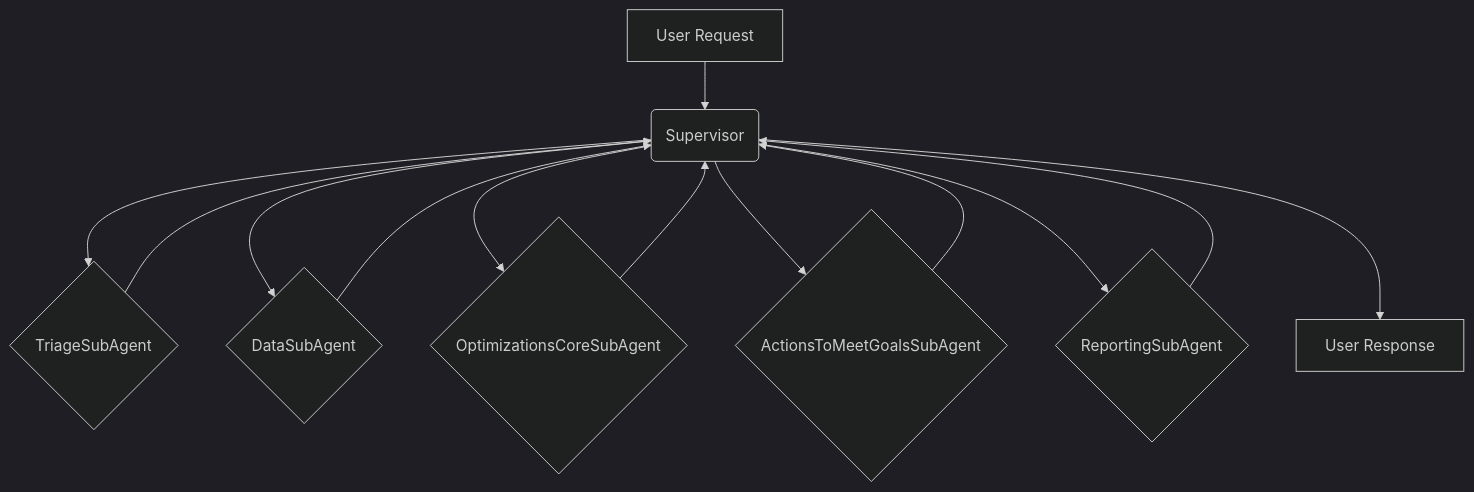
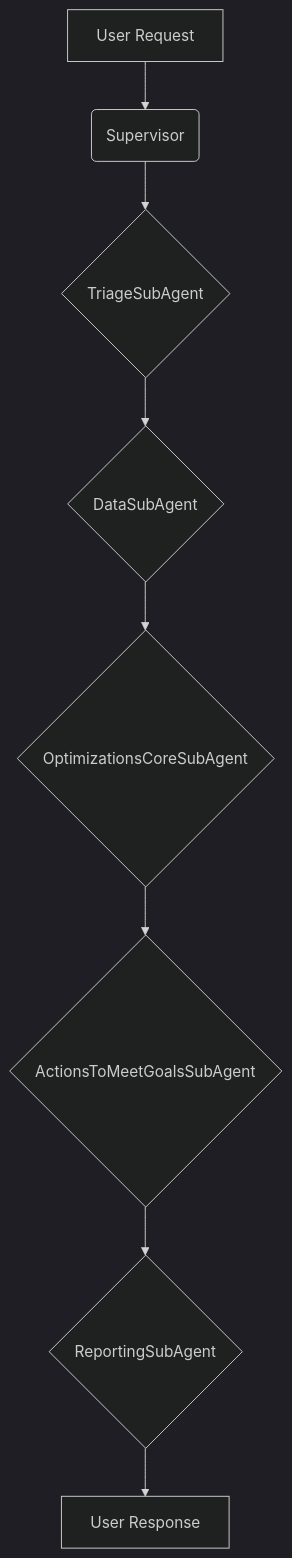
The diagram in v2/docs/subagents.md (netra-systems/zen), drawn with Mermaid (dark theme) before and after one commit. The commit also changed other lines of this file and 6 other files, not shown here.

````diff
--- a/v2/docs/subagents.md
+++ b/v2/docs/subagents.md
@@ -31,15 +35,10 @@
 ```mermaid
 graph TD
     A[User Request] --> B(Supervisor)
     B --> C{TriageSubAgent}
-    C --> B
-    B --> D{DataSubAgent}
-    D --> B
-    B --> E{OptimizationsCoreSubAgent}
-    E --> B
-    B --> F{ActionsToMeetGoalsSubAgent}
-    F --> B
-    B --> G{ReportingSubAgent}
-    G --> B
-    B --> H[User Response]
+    C --> D{DataSubAgent}
+    D --> E{OptimizationsCoreSubAgent}
+    E --> F{ActionsToMeetGoalsSubAgent}
+    F --> G{ReportingSubAgent}
+    G --> H[User Response]
 ```
````
